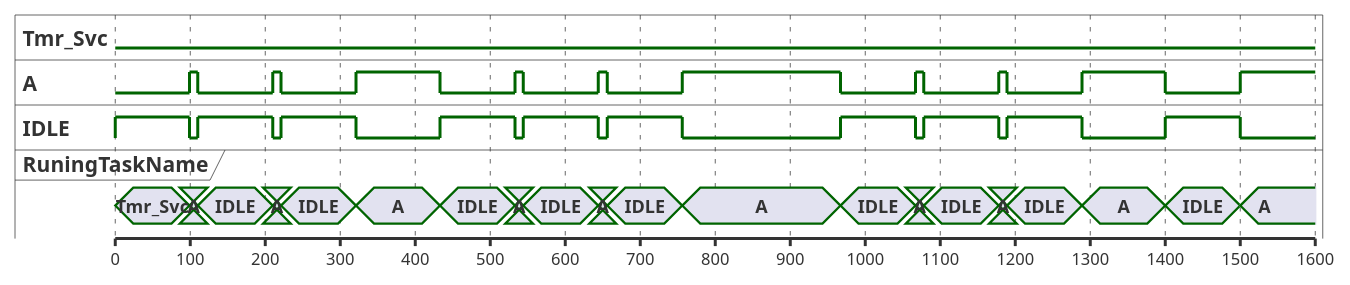
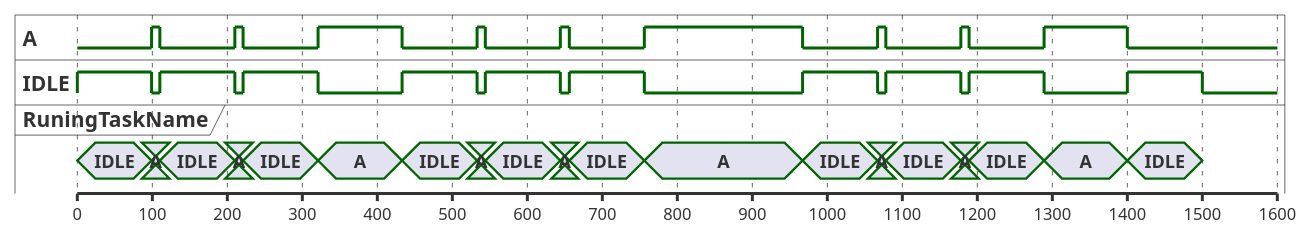
Before and after one commit to steelpipe75/freertos_training: the diagram in training/02_Task_Control/1_vTaskDelay/MyTrace.puml, drawn with PlantUML. The commit also changed 2 other files, not shown here.

```diff
--- a/training/02_Task_Control/1_vTaskDelay/MyTrace.puml
+++ b/training/02_Task_Control/1_vTaskDelay/MyTrace.puml
@@ -1,114 +1,108 @@
 @startuml
-binary "Tmr_Svc" as Tmr_Svc
 binary "A" as A
 binary "IDLE" as IDLE
 concise "RuningTaskName" as RuningTaskName
 
 scale 100 as 50 pixels
 
 @0
-Tmr_Svc is high
-RuningTaskName is Tmr_Svc
-Tmr_Svc is low
-A is high
-RuningTaskName is A
 A is low
 IDLE is high
 RuningTaskName is IDLE
 
 @99
 IDLE is low
 A is high
 RuningTaskName is A
 
 @110
 A is low
 IDLE is high
 RuningTaskName is IDLE
 
 @210
 IDLE is low
 A is high
 RuningTaskName is A
 
 @221
 A is low
 IDLE is high
 RuningTaskName is IDLE
 
 @321
 IDLE is low
 A is high
 RuningTaskName is A
 
 @433
 A is low
 IDLE is high
 RuningTaskName is IDLE
 
 @533
 IDLE is low
 A is high
 RuningTaskName is A
 
 @544
 A is low
 IDLE is high
 RuningTaskName is IDLE
 
 @644
 IDLE is low
 A is high
 RuningTaskName is A
 
 @656
 A is low
 IDLE is high
 RuningTaskName is IDLE
 
 @756
 IDLE is low
 A is high
 RuningTaskName is A
 
 @967
 A is low
 IDLE is high
 RuningTaskName is IDLE
 
 @1067
 IDLE is low
 A is high
 RuningTaskName is A
 
 @1078
 A is low
 IDLE is high
 RuningTaskName is IDLE
 
 @1178
 IDLE is low
 A is high
 RuningTaskName is A
 
 @1189
 A is low
 IDLE is high
 RuningTaskName is IDLE
 
 @1289
 IDLE is low
 A is high
 RuningTaskName is A
 
 @1400
 A is low
 IDLE is high
 RuningTaskName is IDLE
 
 @1500
-IDLE is low
-A is high
-RuningTaskName is A
+IDLE is {hidden}
+A is {hidden}
+RuningTaskName is {hidden}
 
 @enduml
```
